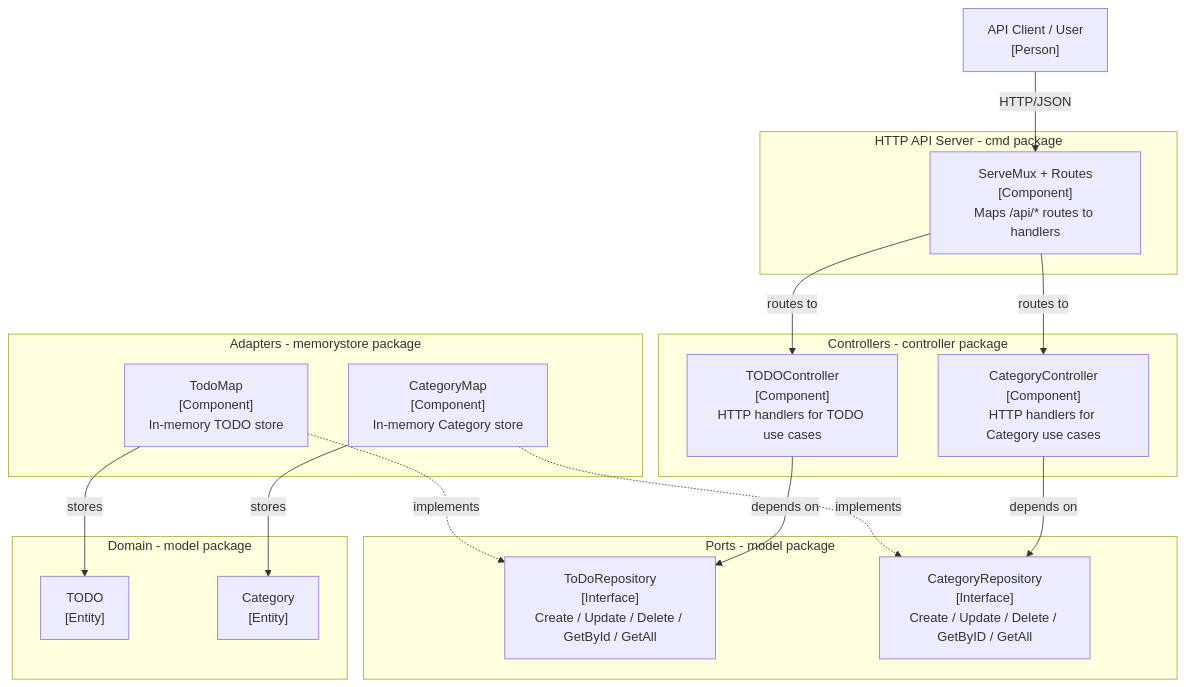
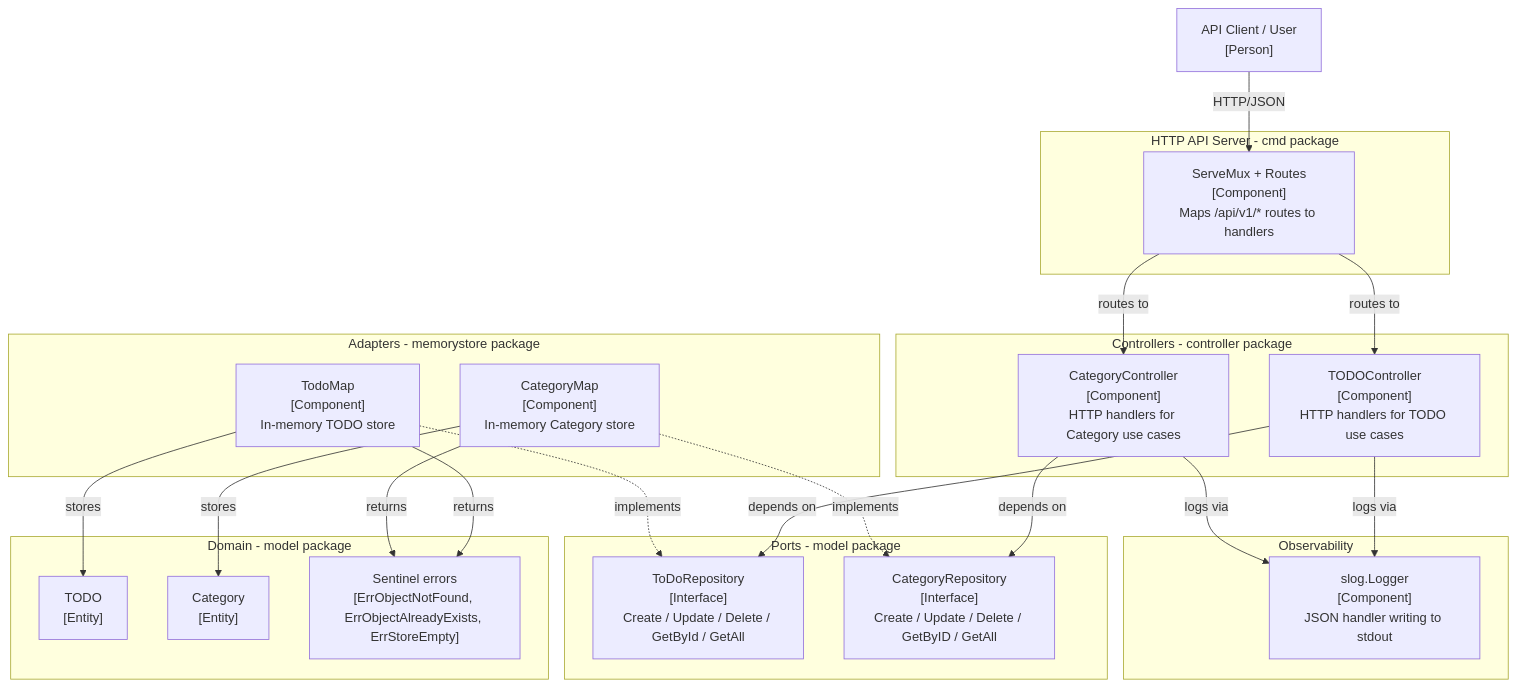
Before and after one commit to rahulkrishnanfs/todolist: the third of 3 diagrams in README.md, drawn with Mermaid. The commit also changed other lines of this file and 9 other files, not shown here.

First line of the commit message:
refactor(api): use RESTful routes and consistent naming

````diff
--- a/README.md
+++ b/README.md
@@ -132,41 +145,52 @@
 ```mermaid
 flowchart TD
     user["API Client / User<br/>[Person]"]
 
     subgraph server [HTTP API Server - cmd package]
-        mux["ServeMux + Routes<br/>[Component]<br/>Maps /api/* routes to handlers"]
+        mux["ServeMux + Routes<br/>[Component]<br/>Maps /api/v1/* routes to handlers"]
     end
 
     subgraph handlers [Controllers - controller package]
         todoCtrl["TODOController<br/>[Component]<br/>HTTP handlers for TODO use cases"]
         catCtrl["CategoryController<br/>[Component]<br/>HTTP handlers for Category use cases"]
     end
 
     subgraph ports [Ports - model package]
         todoRepo["ToDoRepository<br/>[Interface]<br/>Create / Update / Delete / GetById / GetAll"]
         catRepo["CategoryRepository<br/>[Interface]<br/>Create / Update / Delete / GetByID / GetAll"]
     end
 
     subgraph adapters [Adapters - memorystore package]
         todoMap["TodoMap<br/>[Component]<br/>In-memory TODO store"]
         catMap["CategoryMap<br/>[Component]<br/>In-memory Category store"]
     end
 
     subgraph domain [Domain - model package]
         todoModel["TODO<br/>[Entity]"]
         catModel["Category<br/>[Entity]"]
+        errs["Sentinel errors<br/>[ErrObjectNotFound, ErrObjectAlreadyExists, ErrStoreEmpty]"]
+    end
+
+    subgraph obs [Observability]
+        logger["slog.Logger<br/>[Component]<br/>JSON handler writing to stdout"]
     end
 
     user -->|"HTTP/JSON"| mux
     mux -->|"routes to"| todoCtrl
     mux -->|"routes to"| catCtrl
 
     todoCtrl -->|"depends on"| todoRepo
     catCtrl -->|"depends on"| catRepo
 
+    todoCtrl -->|"logs via"| logger
+    catCtrl -->|"logs via"| logger
+
     todoMap -.->|"implements"| todoRepo
     catMap -.->|"implements"| catRepo
+
+    todoMap -->|"returns"| errs
+    catMap -->|"returns"| errs
 
     todoMap -->|"stores"| todoModel
     catMap -->|"stores"| catModel
 ```
````
